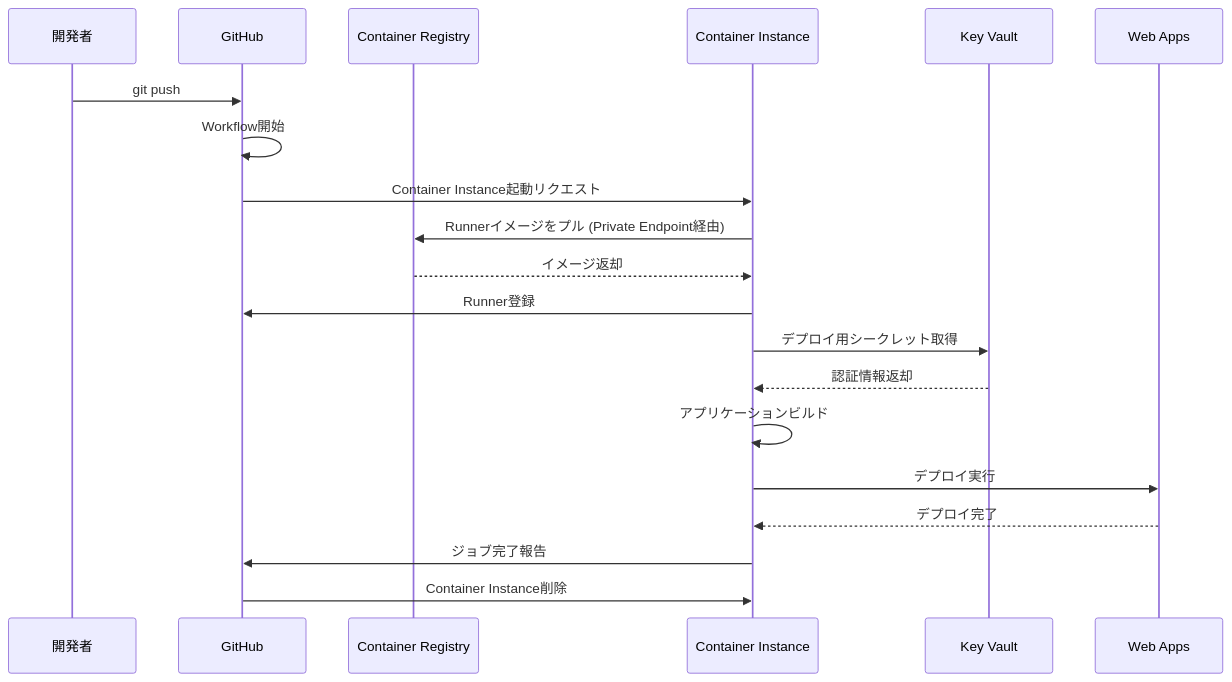
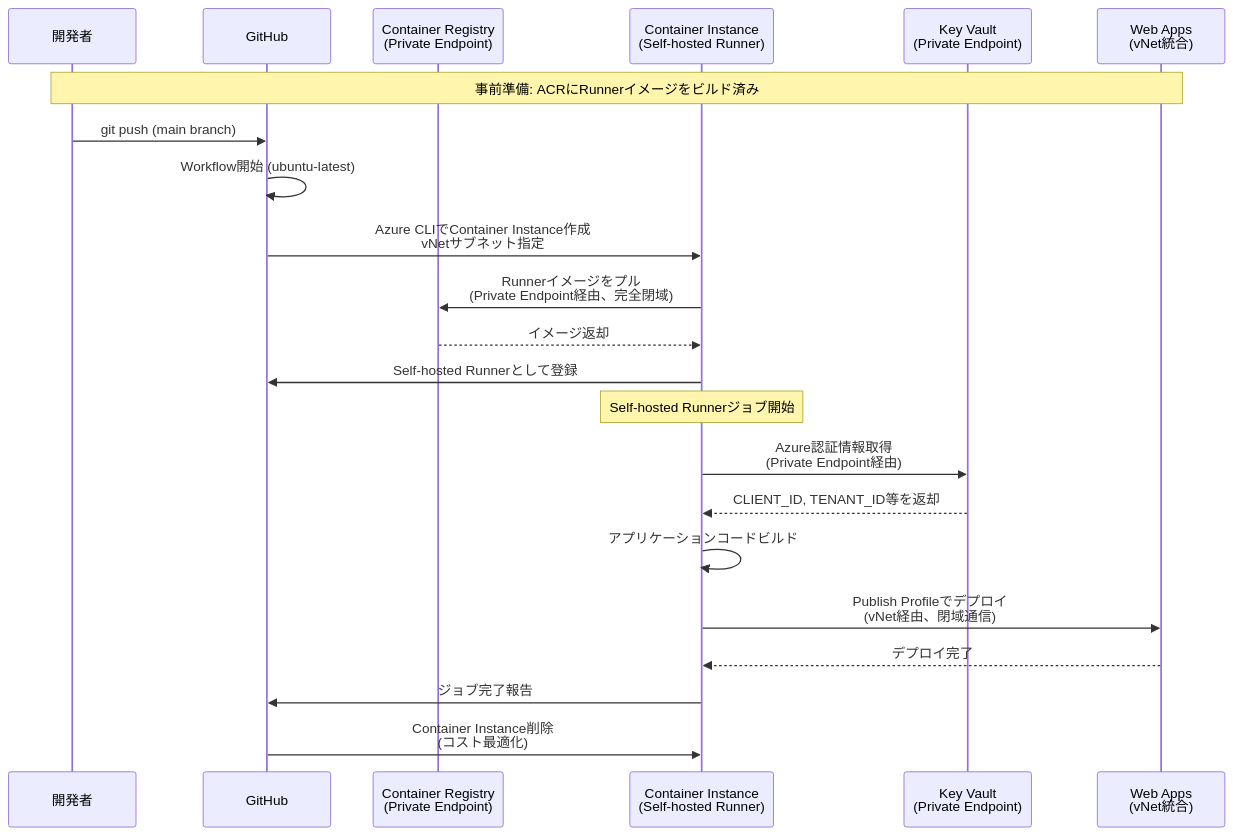
Before and after one commit to matakaha/internal_rag_Application_deployment_step_by_step: the diagram in docs/01-architecture.md, drawn with Mermaid. The commit also changed other lines of this file and 5 other files, not shown here.

````diff
--- a/docs/01-architecture.md
+++ b/docs/01-architecture.md
@@ -113,23 +113,29 @@
 ```mermaid
 sequenceDiagram
     participant Dev as 開発者
     participant GH as GitHub
-    participant ACR as Container Registry
-    participant ACI as Container Instance
-    participant KV as Key Vault
-    participant App as Web Apps
+    participant ACR as Container Registry<br/>(Private Endpoint)
+    participant ACI as Container Instance<br/>(Self-hosted Runner)
+    participant KV as Key Vault<br/>(Private Endpoint)
+    participant App as Web Apps<br/>(vNet統合)
 
-    Dev->>GH: git push
-    GH->>GH: Workflow開始
-    GH->>ACI: Container Instance起動リクエスト
-    ACI->>ACR: Runnerイメージをプル (Private Endpoint経由)
+    Note over Dev,App: 事前準備: ACRにRunnerイメージをビルド済み
+
+    Dev->>GH: git push (main branch)
+    GH->>GH: Workflow開始 (ubuntu-latest)
+    GH->>ACI: Azure CLIでContainer Instance作成<br/>vNetサブネット指定
+    ACI->>ACR: Runnerイメージをプル<br/>(Private Endpoint経由、完全閉域)
     ACR-->>ACI: イメージ返却
-    ACI->>GH: Runner登録
-    ACI->>KV: デプロイ用シークレット取得
-    KV-->>ACI: 認証情報返却
-    ACI->>ACI: アプリケーションビルド
-    ACI->>App: デプロイ実行
+    ACI->>GH: Self-hosted Runnerとして登録
+    
+    Note over ACI: Self-hosted Runnerジョブ開始
+    
+    ACI->>KV: Azure認証情報取得<br/>(Private Endpoint経由)
+    KV-->>ACI: CLIENT_ID, TENANT_ID等を返却
+    ACI->>ACI: アプリケーションコードビルド
+    ACI->>App: Publish Profileでデプロイ<br/>(vNet経由、閉域通信)
     App-->>ACI: デプロイ完了
     ACI->>GH: ジョブ完了報告
-    GH->>ACI: Container Instance削除
+    
+    GH->>ACI: Container Instance削除<br/>(コスト最適化)
 ```
````
